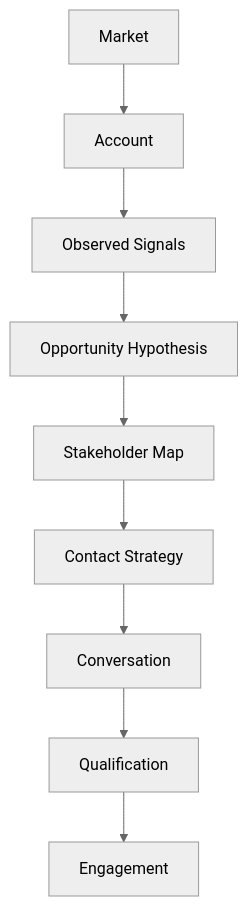
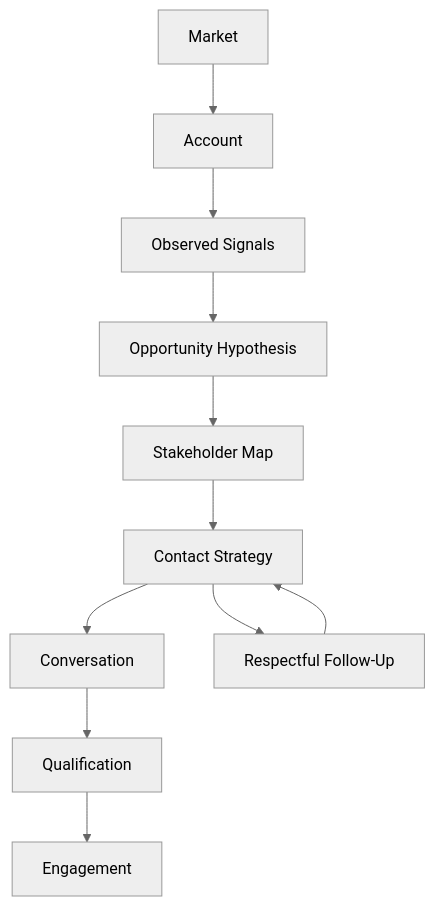
The diagram in README.md (Garcia-Systems/sales-engineering-engagement-development-laboratory), drawn with Mermaid (neutral theme) before and after one commit. The commit also changed other lines of this file and 9 other files, not shown here.

Commit message:
Implement Chapter 11 respectful follow-up policy

````diff
--- a/README.md
+++ b/README.md
@@ -5,5 +5,6 @@
 ```mermaid
 flowchart TD
   Market --> Account --> Signals[Observed Signals] --> Hypothesis[Opportunity Hypothesis]
   Hypothesis --> StakeholderMap[Stakeholder Map] --> ContactStrategy[Contact Strategy] --> Conversation --> Qualification --> Engagement
+  ContactStrategy --> FollowUp[Respectful Follow-Up] --> ContactStrategy
 ```
````
